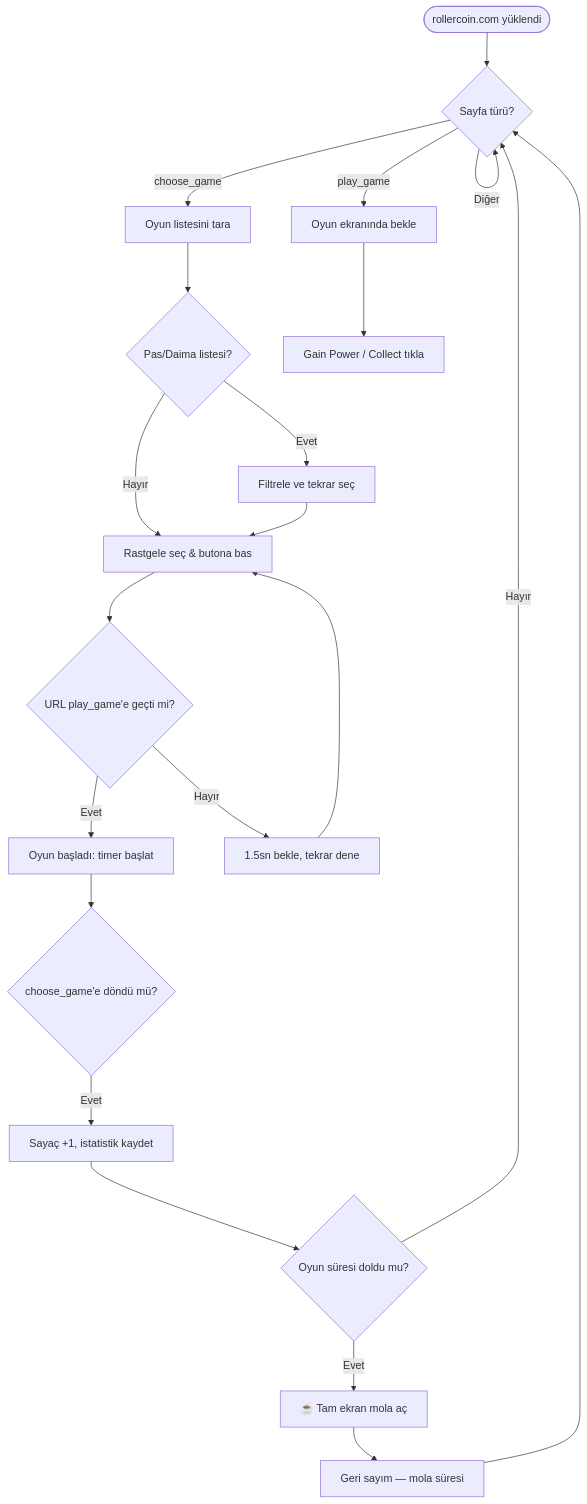
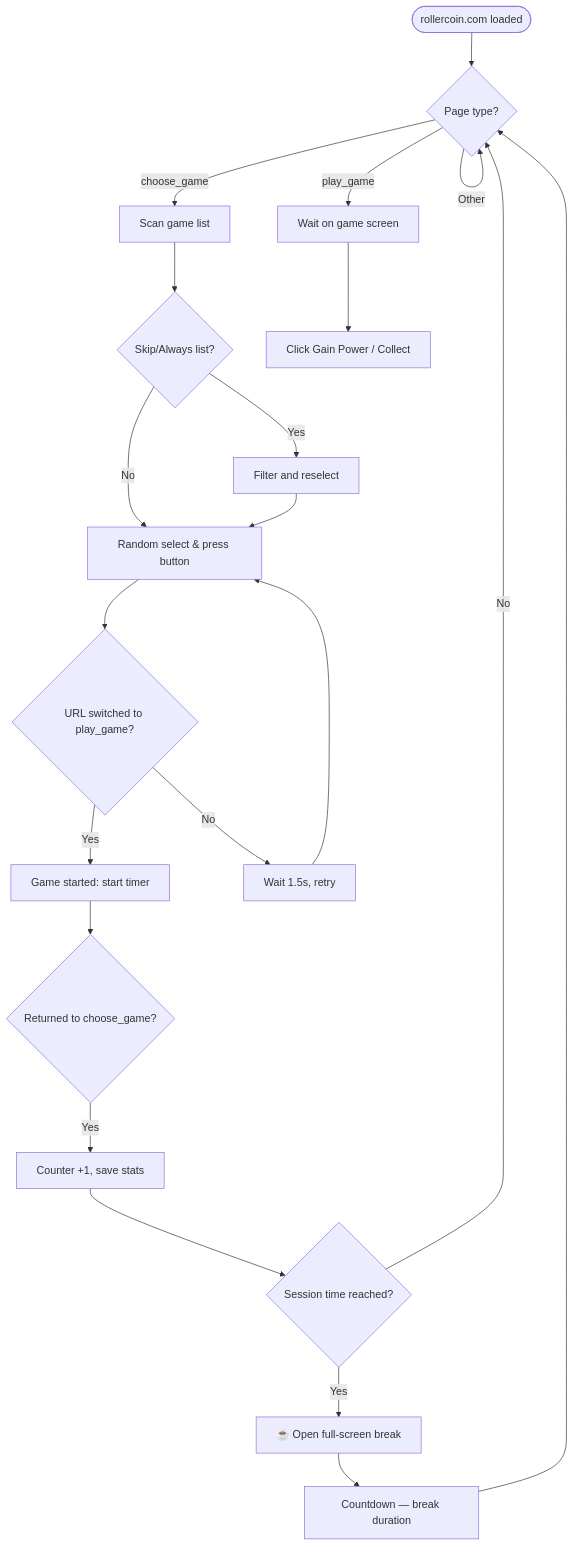
One commit to nyx47rd/rchelper changed the diagram in README.en.md. Above: the diagram before and after it, drawn with Mermaid. The commit also changed other lines of this file, not shown here.

Commit message:
fix: README.en mermaid, ASCII diagram, typing SVG, dosya aciklamalari cevrildi

````diff
--- a/README.en.md
+++ b/README.en.md
@@ -337,26 +337,26 @@
 ```mermaid
 graph TD
-    A([rollercoin.com yüklendi]) --> B{Sayfa türü?}
-    B -->|choose_game| C[Oyun listesini tara]
-    B -->|play_game| D[Oyun ekranında bekle]
-    B -->|Diğer| B
+    A([rollercoin.com loaded]) --> B{Page type?}
+    B -->|choose_game| C[Scan game list]
+    B -->|play_game| D[Wait on game screen]
+    B -->|Other| B
 
-    C --> E{Pas/Daima listesi?}
-    E -->|Evet| F[Filtrele ve tekrar seç]
-    E -->|Hayır| G[Rastgele seç & butona bas]
+    C --> E{Skip/Always list?}
+    E -->|Yes| F[Filter and reselect]
+    E -->|No| G[Random select & press button]
     F --> G
 
-    G --> H{URL play_game'e geçti mi?}
-    H -->|Evet| I[Oyun başladı: timer başlat]
-    H -->|Hayır| J[1.5sn bekle, tekrar dene]
+    G --> H{URL switched to play_game?}
+    H -->|Yes| I[Game started: start timer]
+    H -->|No| J[Wait 1.5s, retry]
     J --> G
 
-    D --> K[Gain Power / Collect tıkla]
-    I --> L{choose_game'e döndü mü?}
-    L -->|Evet| M[Sayaç +1, istatistik kaydet]
-    M --> N{Oyun süresi doldu mu?}
-    N -->|Evet| O[☕ Tam ekran mola aç]
-    N -->|Hayır| B
-    O --> P[Geri sayım — mola süresi]
+    D --> K[Click Gain Power / Collect]
+    I --> L{Returned to choose_game?}
+    L -->|Yes| M[Counter +1, save stats]
+    M --> N{Session time reached?}
+    N -->|Yes| O[☕ Open full-screen break]
+    N -->|No| B
+    O --> P[Countdown — break duration]
     P --> B
 ```
````
